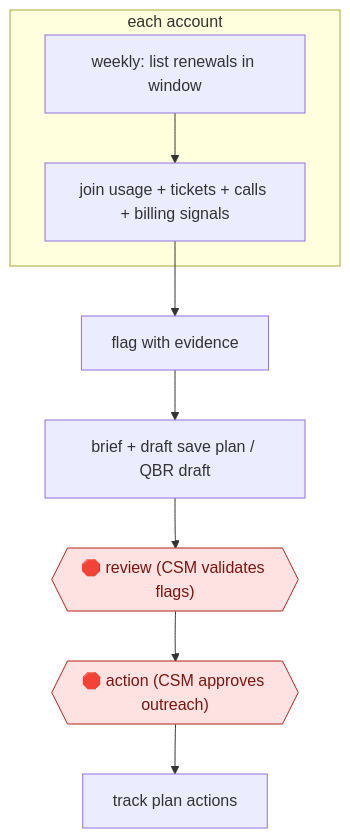
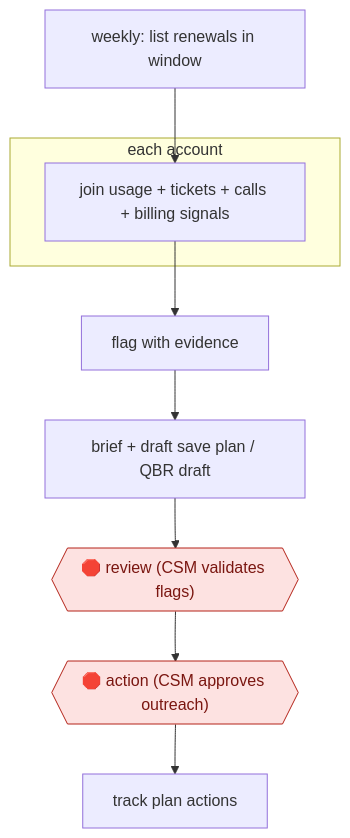
Before and after one commit to milesradford99/agent-workflow-atlas: the diagram in workflows/COM/CSX/CS/renewal-window-risk-brief/README.md, drawn with Mermaid. The commit also changed other lines of this file and 171 other files, not shown here.

````diff
--- a/workflows/COM/CSX/CS/renewal-window-risk-brief/README.md
+++ b/workflows/COM/CSX/CS/renewal-window-risk-brief/README.md
@@ -31,19 +31,19 @@
 ```mermaid
 flowchart TD
   n1["weekly: list renewals in window"]
   subgraph s2["each account"]
   n3["join usage + tickets + calls + billing signals"]
-  n1 --> n3
   end
   n4["flag with evidence"]
+  n5["brief + draft save plan / QBR draft"]
+  n6{{"🛑 review (CSM validates flags)"}}:::stop
+  n7{{"🛑 action (CSM approves outreach)"}}:::stop
+  n8["track plan actions"]
+  n1 --> n3
   n3 --> n4
-  n5["brief + draft save plan / QBR draft"]
   n4 --> n5
-  n6{{"🛑 review (CSM validates flags)"}}:::stop
   n5 --> n6
-  n7{{"🛑 action (CSM approves outreach)"}}:::stop
   n6 --> n7
-  n8["track plan actions"]
   n7 --> n8
   classDef stop fill:#fde2e1,stroke:#b42318,color:#7a1610
 ```
````
